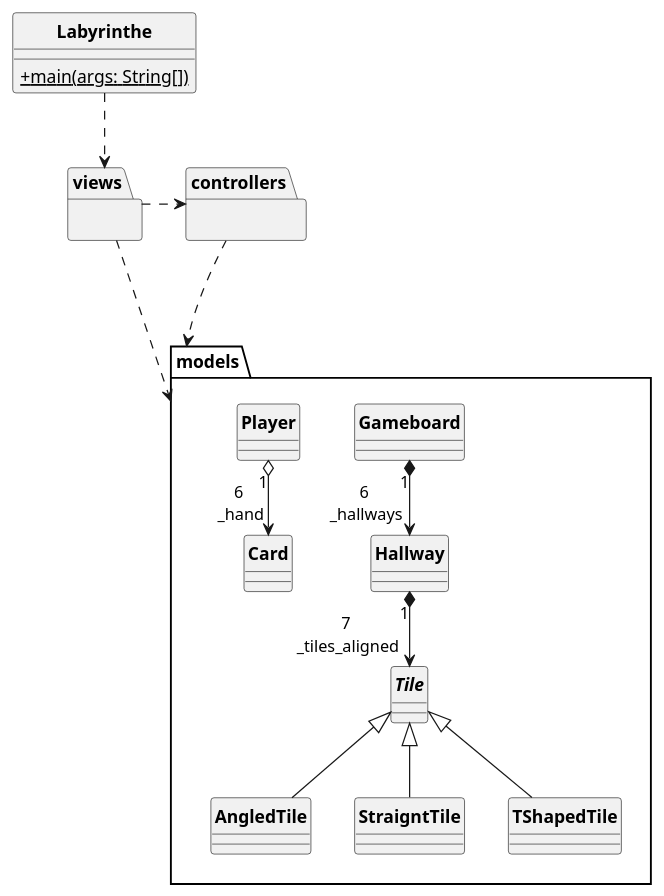
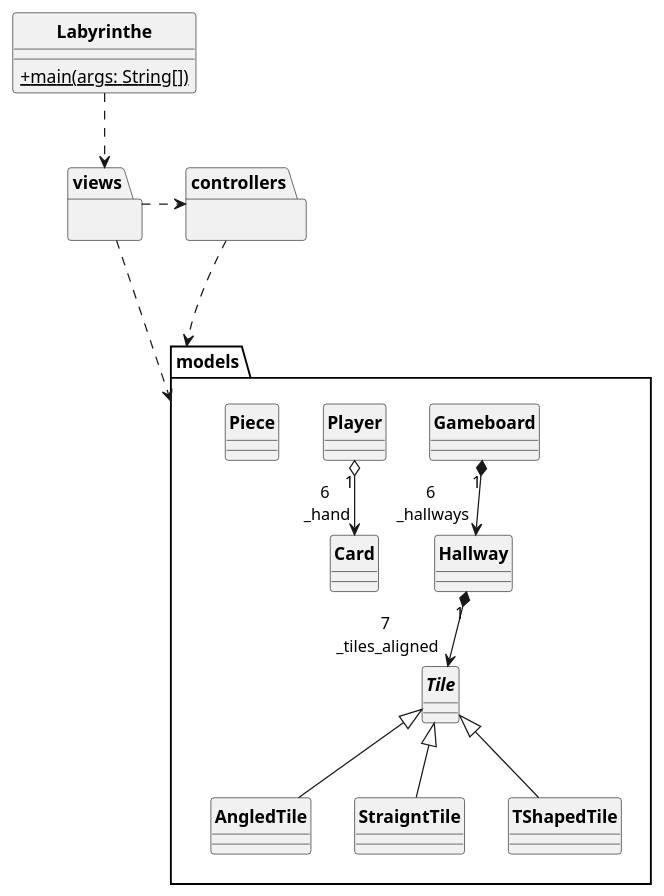
Before and after one commit to ElenaFri/labyrinthe: the diagram in uml/labyrinthe.puml, drawn with PlantUML. The commit also changed 2 other files, not shown here.

```diff
--- a/uml/labyrinthe.puml
+++ b/uml/labyrinthe.puml
@@ -1,45 +1,46 @@
 @startuml Labyrinthe
 
 skinparam style strictuml
 skinparam classAttributeIconSize 0
 skinparam classFontStyle Bold
 hide enum methods
 
 class Labyrinthe
 {
     + {static} main(args: String[])
 }
 
 package views
 {
 
 }
 
 package controllers
 {
 
 }
 
 package models
 {
     abstract class Tile {}
     class AngledTile extends Tile {}
     class StraigntTile extends Tile {}
     class TShapedTile extends Tile {}
 
     class Gameboard {}
     class Hallway {}
     class Card {}
 
     class Player {}
+    class Piece {}
 }
 
 Labyrinthe ..> views
 controllers ...> models
 views ..> models
 views .> controllers
 Gameboard "1" *--> "6\n _hallways" Hallway
 Hallway "1" *--> "7\n _tiles_aligned" Tile
 Player "1" o--> "6\n _hand" Card
 
 @enduml
```
